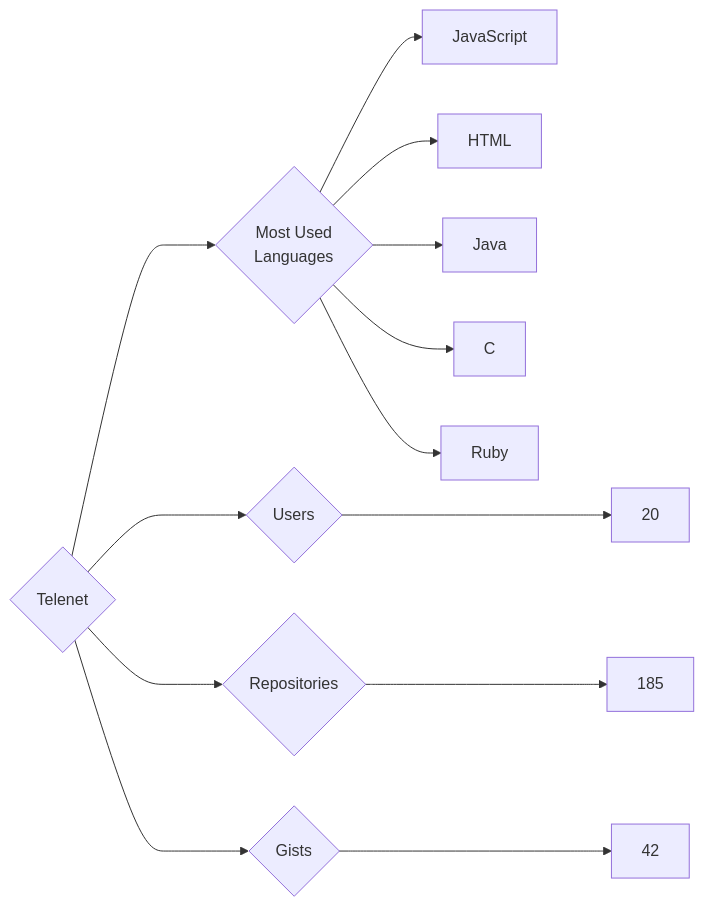
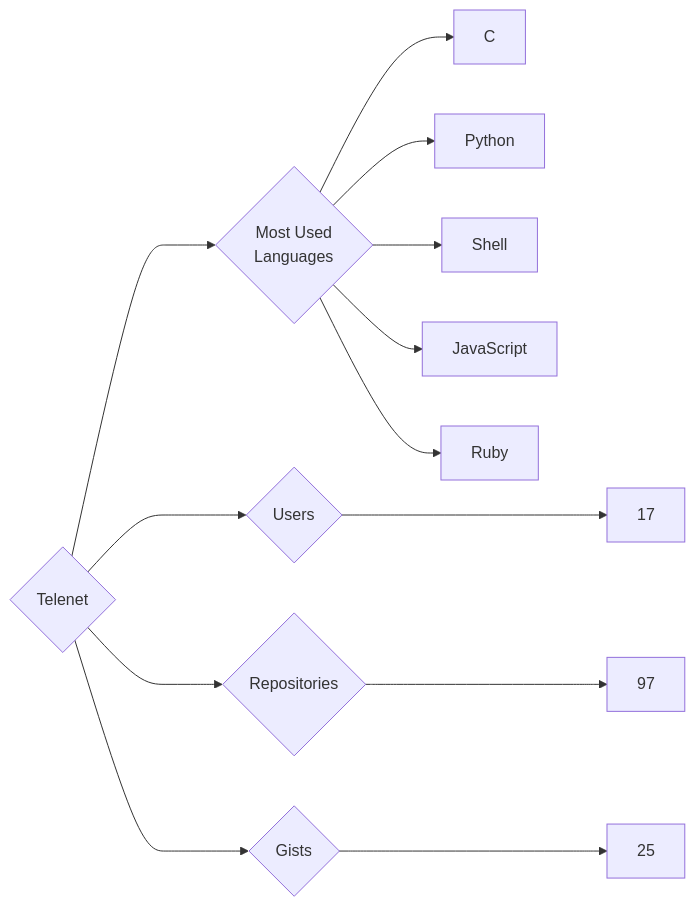
Before and after one commit to trickest/insiders: the diagram in targets/Telenet/README.md, drawn with Mermaid. The commit also changed 765 other files, not shown here.

````diff
--- a/targets/Telenet/README.md
+++ b/targets/Telenet/README.md
@@ -3,13 +3,13 @@
 ```mermaid
 graph LR
 COMPANY_NAME{Telenet}
-COMPANY_NAME ---> U{Users} ---> UN[20]
-COMPANY_NAME ---> R{Repositories} ---> RN[185]
-COMPANY_NAME ---> G{Gists} ---> GN[42]
+COMPANY_NAME ---> U{Users} ---> UN[17]
+COMPANY_NAME ---> R{Repositories} ---> RN[97]
+COMPANY_NAME ---> G{Gists} ---> GN[25]
 COMPANY_NAME ---> ML{Most Used<br>Languages}
+ML --> C[C]
+ML --> Python[Python]
+ML --> Shell[Shell]
 ML --> JavaScript[JavaScript]
-ML --> HTML[HTML]
-ML --> Java[Java]
-ML --> C[C]
 ML --> Ruby[Ruby]
 ```
````
